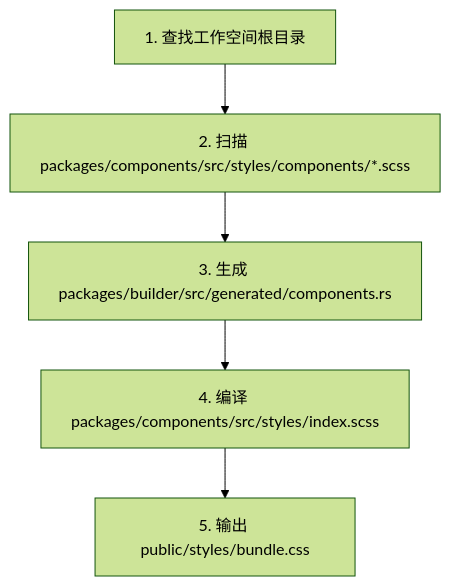
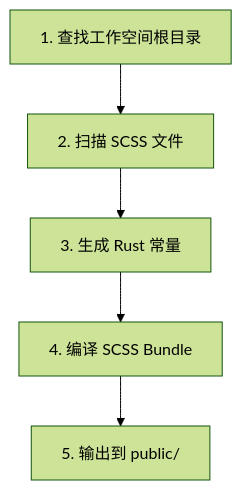
Before and after one commit to celestia-island/hikari: the first of 3 diagrams in CLAUDE.md, drawn with Mermaid (forest theme). The commit also changed other lines of this file and 15 other files, not shown here.

````diff
--- a/CLAUDE.md
+++ b/CLAUDE.md
@@ -289,7 +330,7 @@
 ```mermaid
 flowchart TD
-    A[1. 查找工作空间根目录] --> B[2. 扫描 packages/components/src/styles/components/*.scss]
-    B --> C[3. 生成 packages/builder/src/generated/components.rs]
-    C --> D[4. 编译 packages/components/src/styles/index.scss]
-    D --> E[5. 输出 public/styles/bundle.css]
+    A[1. 查找工作空间根目录] --> B[2. 扫描 SCSS 文件]
+    B --> C[3. 生成 Rust 常量]
+    C --> D[4. 编译 SCSS Bundle]
+    D --> E[5. 输出到 public/]
 ```
````
